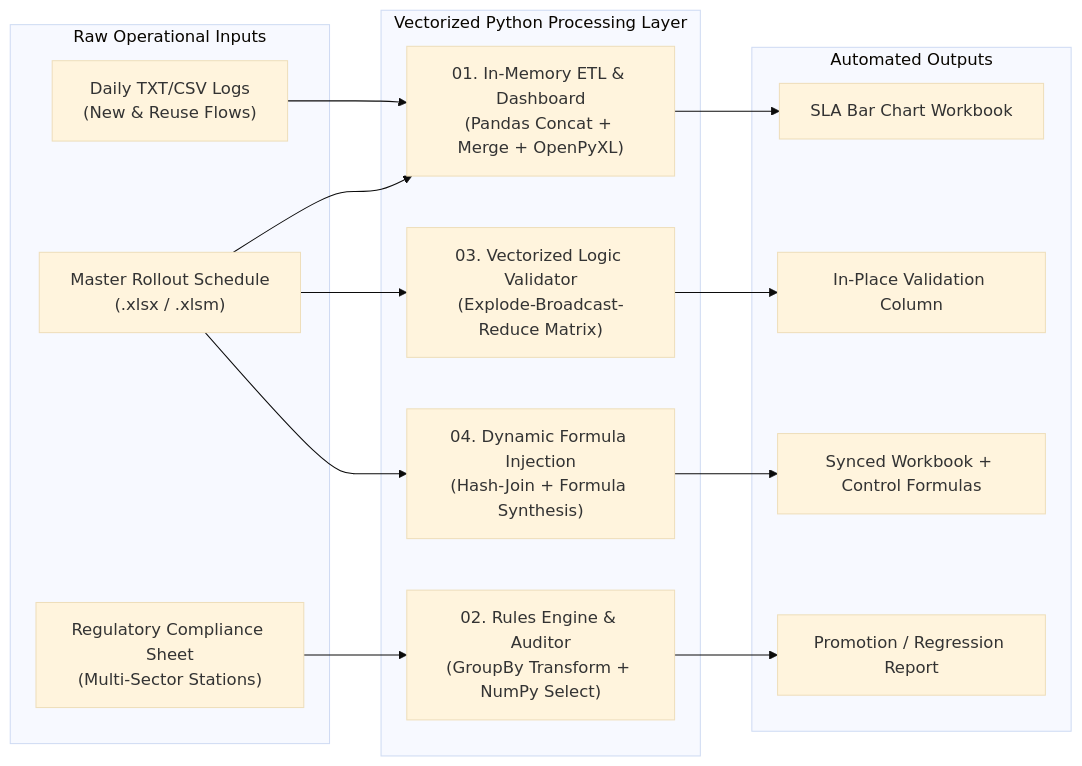
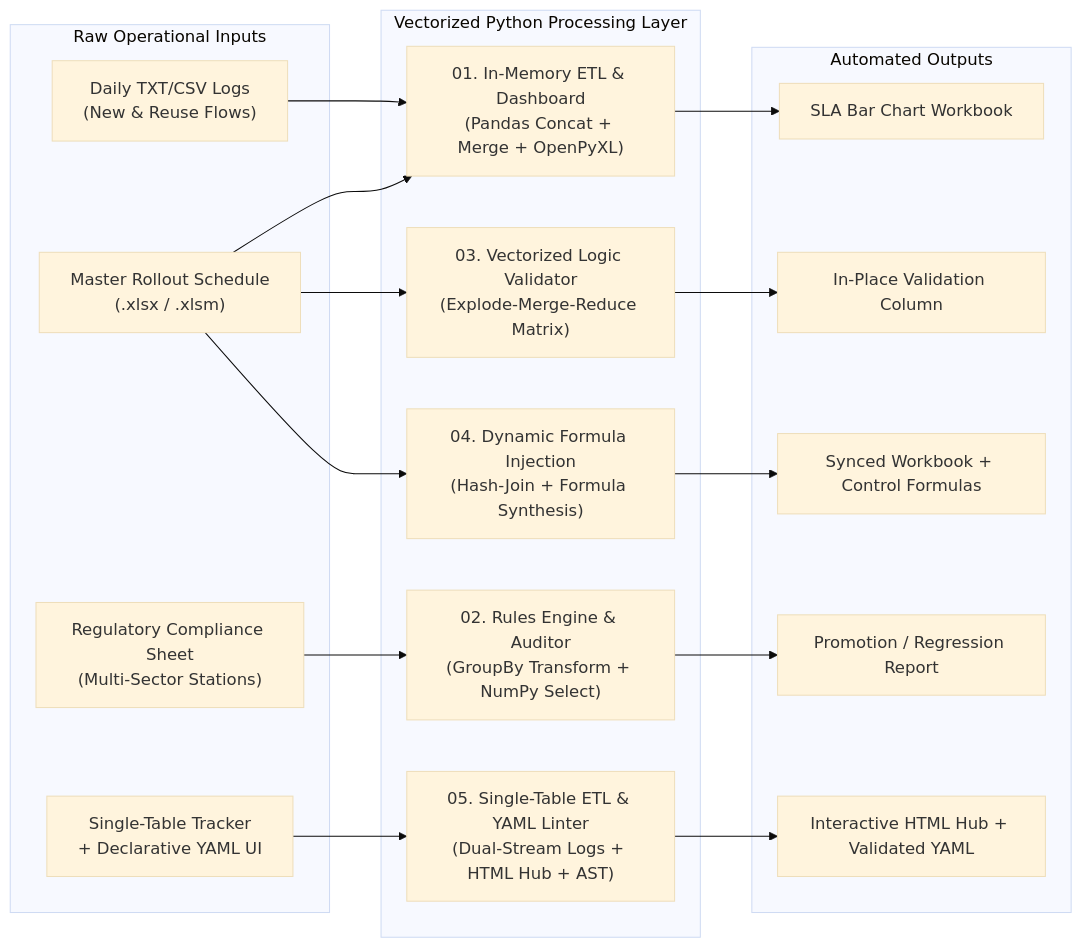
The diagram in docs/architecture_tradeoffs_telecom_dataops.md (kakaroto59/enterprise-dataops-automation-suite), drawn with Mermaid (base theme) before and after one commit. The commit also changed other lines of this file and 15 other files, not shown here.

Commit message:
feat: add module 05 single-table operational data pipeline, dual-stream log parser & yaml linter

````diff
--- a/docs/architecture_tradeoffs_telecom_dataops.md
+++ b/docs/architecture_tradeoffs_telecom_dataops.md
@@ -7,33 +7,38 @@
 ```mermaid
 flowchart LR
     subgraph RawSources["Raw Operational Inputs"]
         TXT["Daily TXT/CSV Logs<br/>(New & Reuse Flows)"]
         SCHED["Master Rollout Schedule<br/>(.xlsx / .xlsm)"]
         AUDIT["Regulatory Compliance Sheet<br/>(Multi-Sector Stations)"]
+        OPS["Single-Table Tracker<br/>+ Declarative YAML UI"]
     end
 
     subgraph CoreEngines["Vectorized Python Processing Layer"]
         P1["01. In-Memory ETL & Dashboard<br/>(Pandas Concat + Merge + OpenPyXL)"]
         P2["02. Rules Engine & Auditor<br/>(GroupBy Transform + NumPy Select)"]
-        P3["03. Vectorized Logic Validator<br/>(Explode-Broadcast-Reduce Matrix)"]
+        P3["03. Vectorized Logic Validator<br/>(Explode-Merge-Reduce Matrix)"]
         P4["04. Dynamic Formula Injection<br/>(Hash-Join + Formula Synthesis)"]
+        P5["05. Single-Table ETL & YAML Linter<br/>(Dual-Stream Logs + HTML Hub + AST)"]
     end
 
     subgraph Deliverables["Automated Outputs"]
         OUT1["SLA Bar Chart Workbook"]
         OUT2["Promotion / Regression Report"]
         OUT3["In-Place Validation Column"]
         OUT4["Synced Workbook + Control Formulas"]
+        OUT5["Interactive HTML Hub + Validated YAML"]
     end
 
     TXT --> P1
     SCHED --> P1
     AUDIT --> P2
     SCHED --> P3
     SCHED --> P4
+    OPS --> P5
 
     P1 --> OUT1
     P2 --> OUT2
     P3 --> OUT3
     P4 --> OUT4
+    P5 --> OUT5
 ```
````
